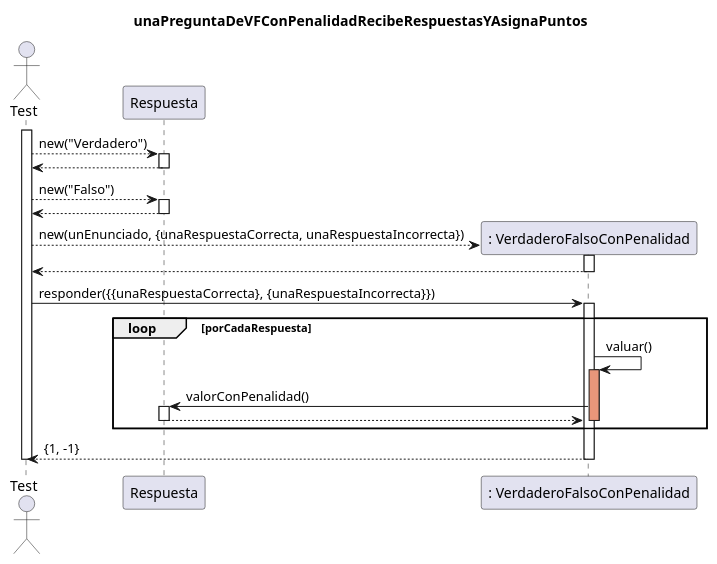
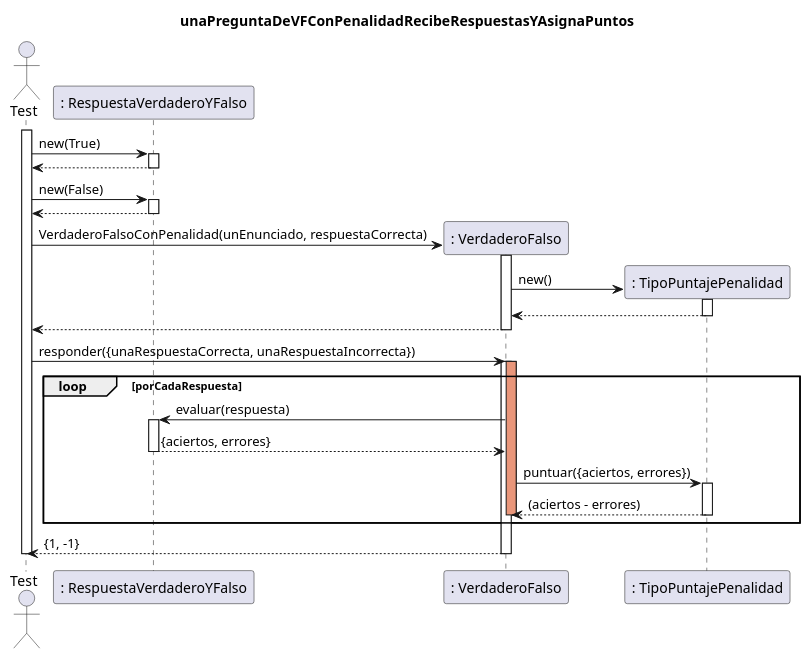
One commit to gcc-cdimatteo/Algoritmos-y-Programacion-III-75.07 changed the diagram in Documentacion/DS_02.puml. Above: the diagram before and after it, drawn with PlantUML. The commit also changed 6 other files, not shown here.

Commit message:
actualizo diagramas

```diff
--- a/Documentacion/DS_02.puml
+++ b/Documentacion/DS_02.puml
@@ -1,45 +1,54 @@
 @startuml
 skinparam classAttributeIconSize 0
 
 title unaPreguntaDeVFConPenalidadRecibeRespuestasYAsignaPuntos
 
 actor Test
-participant "Respuesta" as respuesta
-participant ": VerdaderoFalsoConPenalidad" as preguntaVF
+participant ": RespuestaVerdaderoYFalso" as respuesta
+participant ": VerdaderoFalso" as preguntaVF
+participant ": TipoPuntajePenalidad" as puntaje
 
 activate Test
 
-    Test --> respuesta: new("Verdadero")
+    Test -> respuesta: new(True)
     activate respuesta
         respuesta --> Test
     deactivate respuesta
 
-    Test --> respuesta: new("Falso")
+    Test -> respuesta: new(False)
     activate respuesta
         respuesta --> Test
     deactivate respuesta
 
     create preguntaVF
-    Test --> preguntaVF: new(unEnunciado, {unaRespuestaCorrecta, unaRespuestaIncorrecta})
+    Test -> preguntaVF: VerdaderoFalsoConPenalidad(unEnunciado, respuestaCorrecta)
     activate preguntaVF
+        create puntaje
+        preguntaVF -> puntaje: new() 
+            activate puntaje
+                puntaje --> preguntaVF
+            deactivate puntaje
         preguntaVF --> Test
     deactivate preguntaVF
 
-    Test -> preguntaVF: responder({{unaRespuestaCorrecta}, {unaRespuestaIncorrecta}})
+    Test -> preguntaVF: responder({unaRespuestaCorrecta, unaRespuestaIncorrecta})
     activate preguntaVF
         loop porCadaRespuesta
-            preguntaVF -> preguntaVF: valuar()
             activate preguntaVF #DarkSalmon
-                preguntaVF -> respuesta: valorConPenalidad()
+                preguntaVF -> respuesta: evaluar(respuesta)
                 activate respuesta
-                    respuesta --> preguntaVF: 
+                    respuesta --> preguntaVF: {aciertos, errores}
                 deactivate respuesta
+                preguntaVF -> puntaje: puntuar({aciertos, errores})
+                    activate puntaje
+                        puntaje --> preguntaVF: (aciertos - errores)
+                    deactivate puntaje
             deactivate preguntaVF
         end
         preguntaVF --> Test: {1, -1}
     deactivate preguntaVF
 
 deactivate Test
 
 
 @enduml
```
